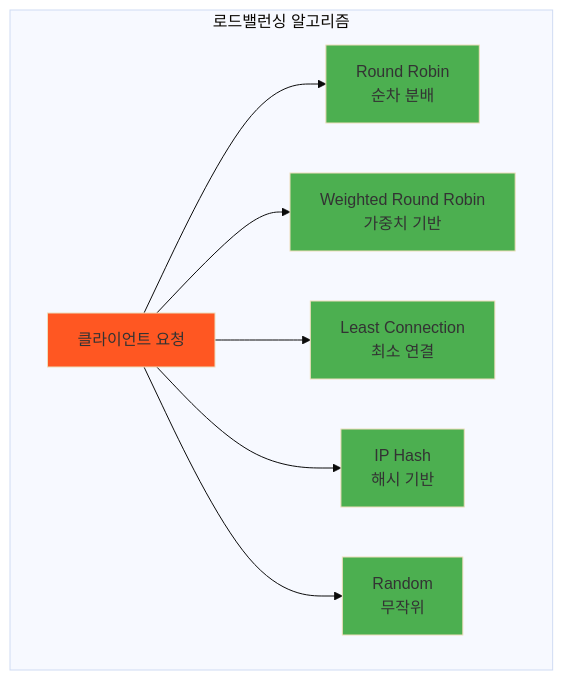
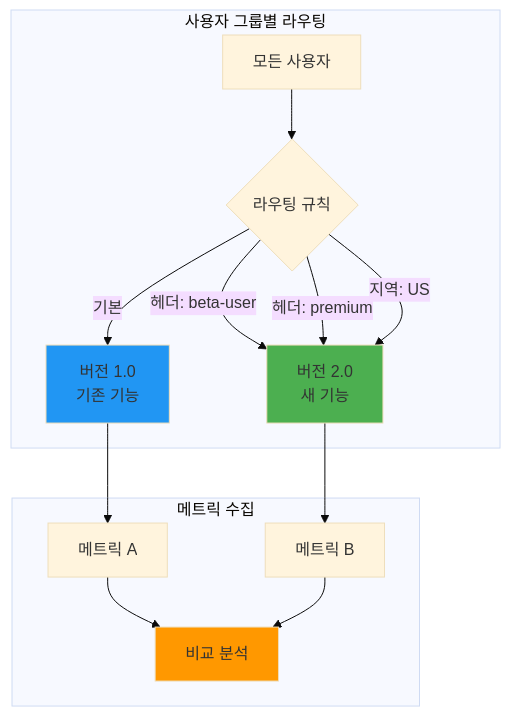
The third of 5 diagrams in theory/week_04/day2/session_3.md (niceguy61/kdt_devops_lecture_2025), drawn with Mermaid (base theme) before and after one commit. The commit also changed other lines of this file and 2 other files, not shown here.

````diff
--- a/theory/week_04/day2/session_3.md
+++ b/theory/week_04/day2/session_3.md
@@ -203,25 +221,22 @@
 ```mermaid
 graph TB
-    subgraph "로드밸런싱 알고리즘"
-        A[클라이언트 요청]
+    subgraph "사용자 그룹별 라우팅"
+        U[모든 사용자] --> R{라우팅 규칙}
         
-        B[Round Robin<br/>순차 분배]
-        C[Weighted Round Robin<br/>가중치 기반]
-        D[Least Connection<br/>최소 연결]
-        E[IP Hash<br/>해시 기반]
-        F[Random<br/>무작위]
+        R -->|헤더: beta-user| V2[버전 2.0<br/>새 기능]
+        R -->|헤더: premium| V2
+        R -->|지역: US| V2
+        R -->|기본| V1[버전 1.0<br/>기존 기능]
     end
     
-    A --> B
-    A --> C
-    A --> D
-    A --> E
-    A --> F
+    subgraph "메트릭 수집"
+        V1 --> M1[메트릭 A]
+        V2 --> M2[메트릭 B]
+        M1 --> C[비교 분석]
+        M2 --> C
+    end
     
-    style A fill:#ff5722
-    style B fill:#4caf50
-    style C fill:#4caf50
-    style D fill:#4caf50
-    style E fill:#4caf50
-    style F fill:#4caf50
+    style V1 fill:#2196f3
+    style V2 fill:#4caf50
+    style C fill:#ff9800
 ```
````
